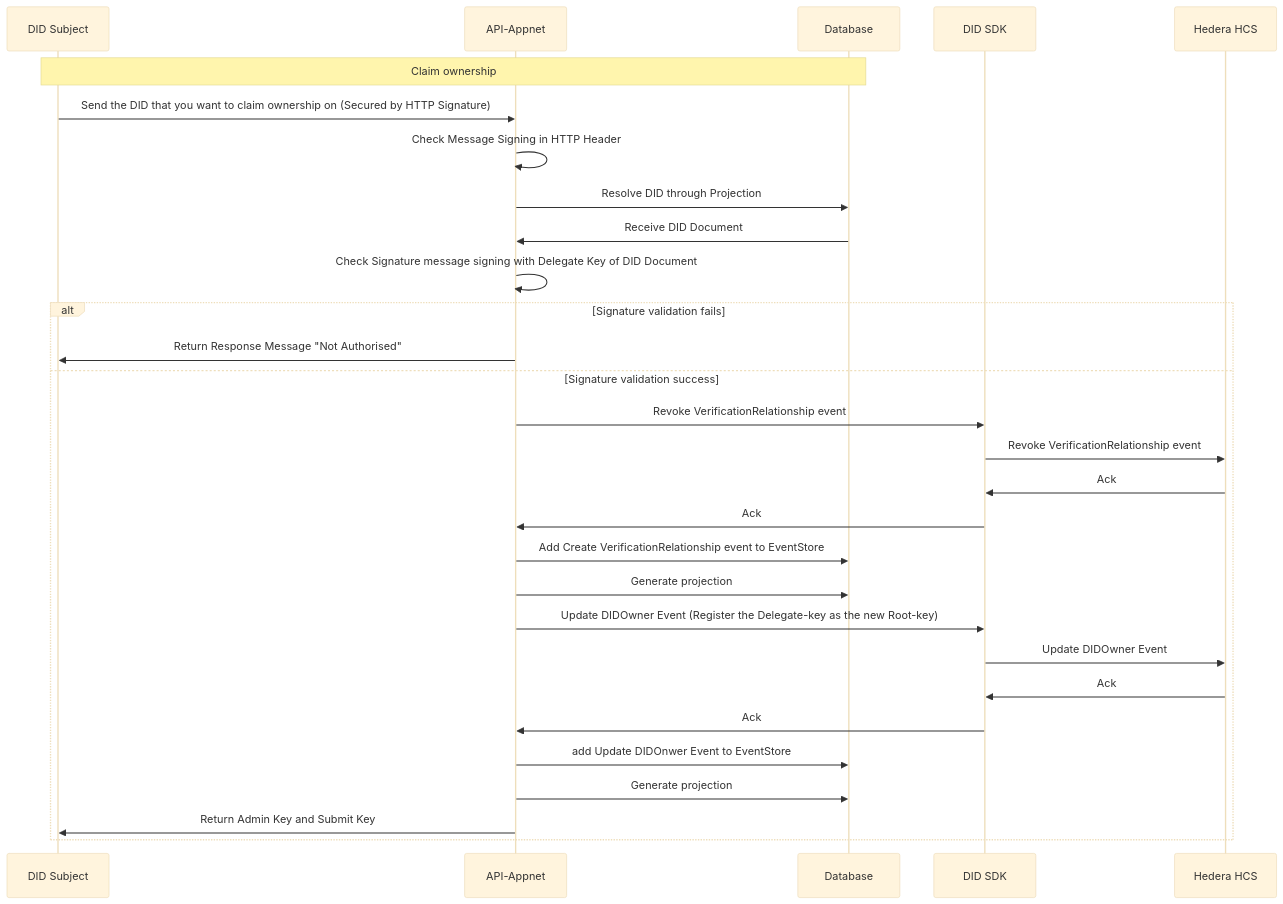
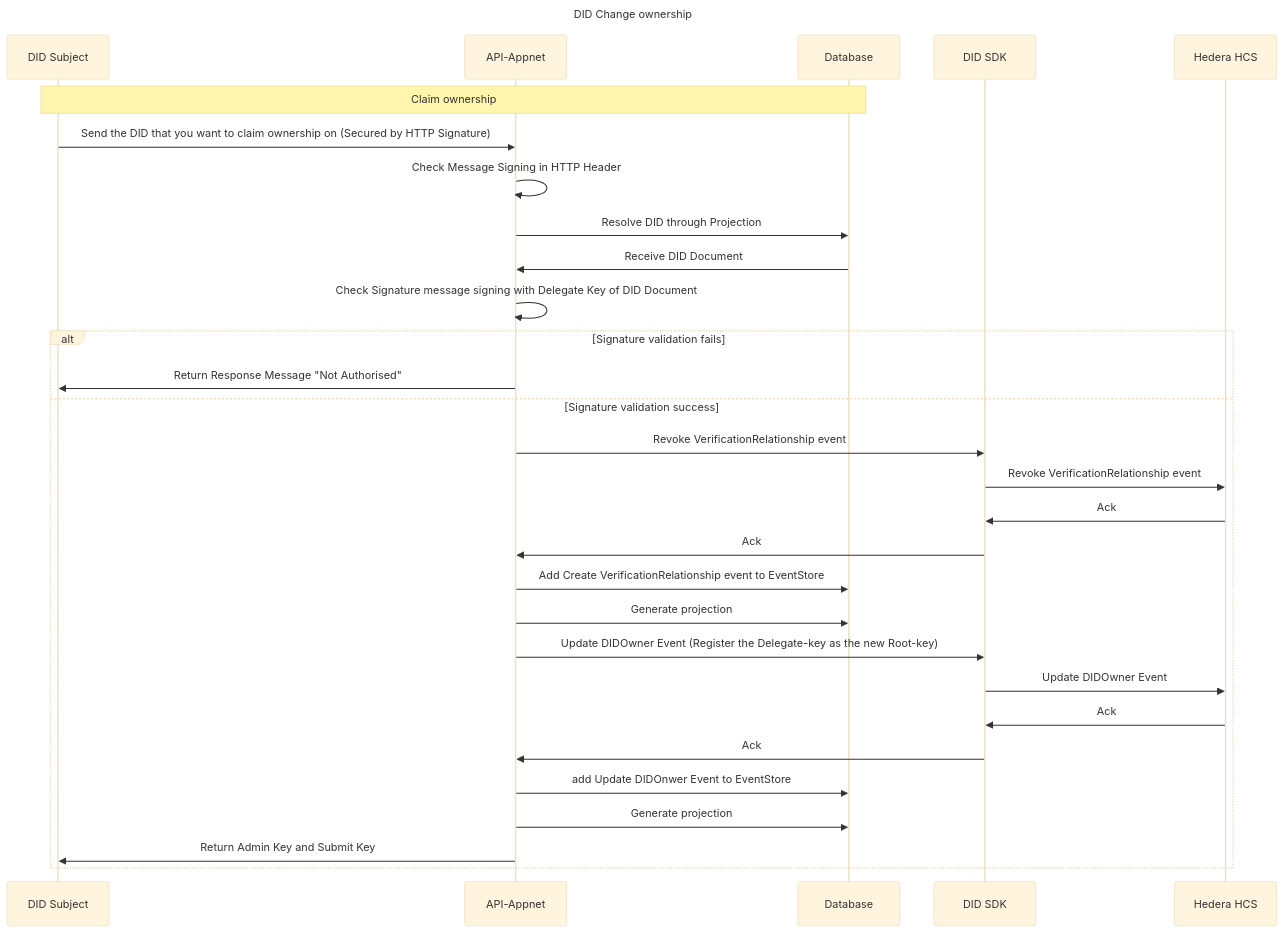
One commit to Meeco/hedera-did-identity-network changed the diagram in documentation/diagrams/did-change-ownership.mmd. Above: the diagram before and after it, drawn with Mermaid (base theme). The commit also changed 8 other files, not shown here.

Commit message:
style: Add titles to the diagrams.

```diff
--- a/documentation/diagrams/did-change-ownership.mmd
+++ b/documentation/diagrams/did-change-ownership.mmd
@@ -1,31 +1,32 @@
 sequenceDiagram
+Title: DID Change ownership
 
 participant Subject as DID Subject
 participant API as API-Appnet
 participant Database as Database
 participant DIDSDK as DID SDK
 participant HCS as Hedera HCS
 
 note over Subject,Database: Claim ownership
 Subject ->> API: Send the DID that you want to claim ownership on (Secured by HTTP Signature)
 API ->> API: Check Message Signing in HTTP Header
 API ->> Database: Resolve DID through Projection
 Database ->> API: Receive DID Document
 API ->> API: Check Signature message signing with Delegate Key of DID Document
 alt Signature validation fails
 API ->> Subject: Return Response Message "Not Authorised"
 else Signature validation success
 API ->> DIDSDK: Revoke VerificationRelationship event
 DIDSDK ->> HCS: Revoke VerificationRelationship event
 HCS ->> DIDSDK: Ack
 DIDSDK ->> API: Ack
 API ->> Database: Add Create VerificationRelationship event to EventStore
 API ->> Database: Generate projection
 API ->> DIDSDK:  Update DIDOwner Event  (Register the Delegate-key as the new Root-key)
 DIDSDK ->> HCS:  Update DIDOwner Event
 HCS ->> DIDSDK: Ack
 DIDSDK ->> API: Ack
 API ->> Database: add Update DIDOnwer Event  to EventStore
 API ->> Database: Generate projection
 API ->> Subject: Return Admin Key and Submit Key
 end
```
